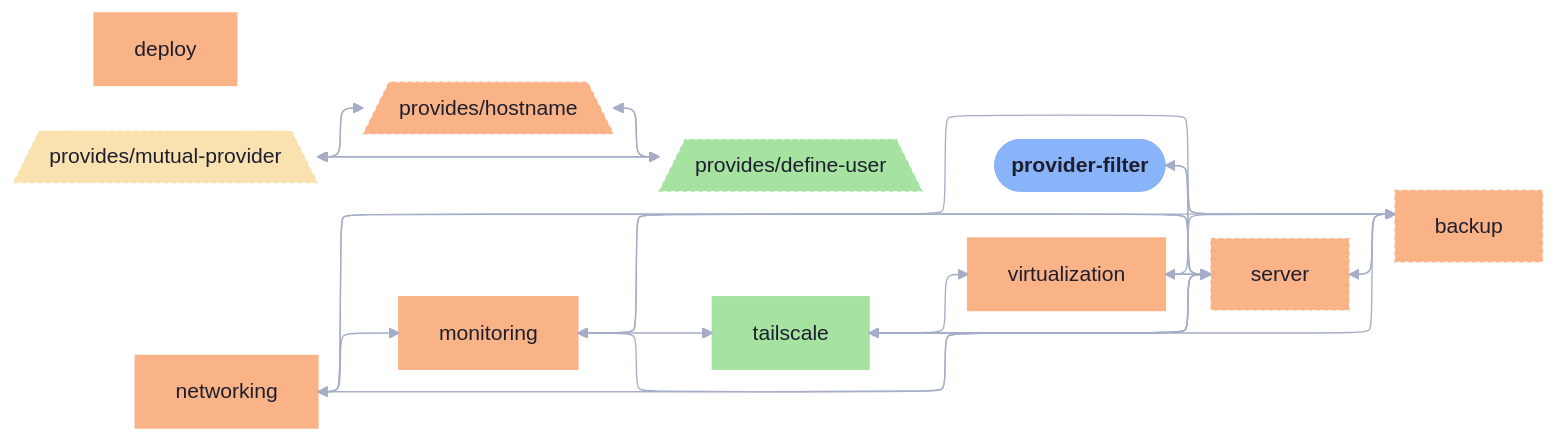
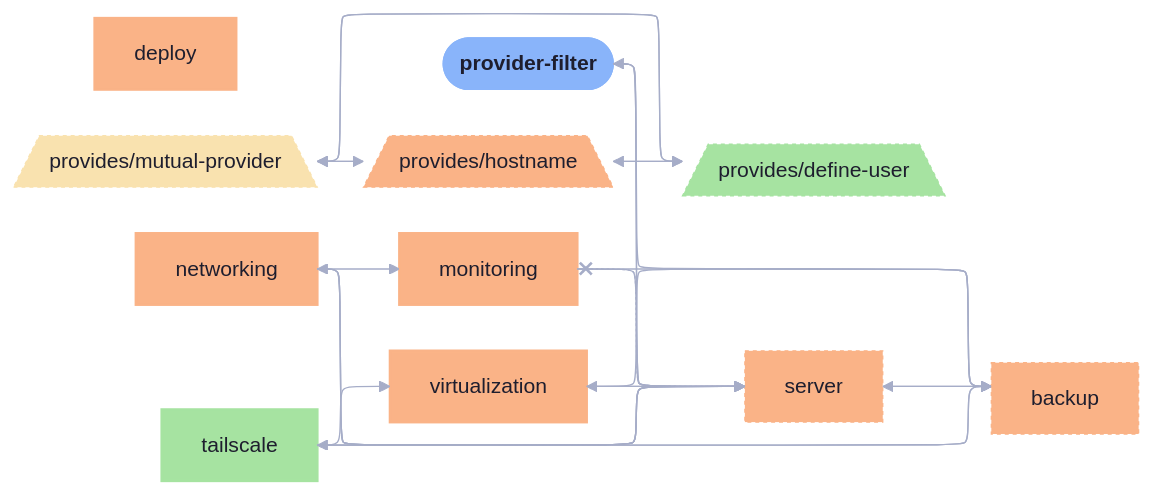
Before and after one commit to sini/den: the diagram in templates/diag-fx-demo/diagrams/provider-filter-simple.md, drawn with Mermaid. The commit also changed 526 other files, not shown here.

Commit message:
chore: update fx diagrams

````diff
--- a/templates/diag-fx-demo/diagrams/provider-filter-simple.md
+++ b/templates/diag-fx-demo/diagrams/provider-filter-simple.md
@@ -5,55 +5,54 @@
 ```mermaid
 %%{init: {"elk":{"mergeEdges":true,"nodePlacementStrategy":"BRANDES_KOEPF"},"layout":"elk","theme":"base","themeVariables":{"activationBkgColor":"#313244","activationBorderColor":"#6c7086","actorBkg":"#313244","actorBorder":"#a6adc8","actorLineColor":"#a6adc8","actorTextColor":"#cdd6f4","background":"#1e1e2e","classText":"#cdd6f4","clusterBkg":"#313244","clusterBorder":"#6c7086","edgeLabelBackground":"#1e1e2e","labelBoxBkgColor":"#313244","labelBoxBorderColor":"#a6adc8","labelTextColor":"#cdd6f4","lineColor":"#a6adc8","loopTextColor":"#cdd6f4","mainBkg":"#313244","nodeBkg":"#313244","nodeBorder":"#a6adc8","nodeTextColor":"#cdd6f4","noteBkgColor":"#313244","noteBorderColor":"#6c7086","noteTextColor":"#cdd6f4","pie1":"#f38ba8","pie2":"#fab387","pie3":"#f9e2af","pie4":"#a6e3a1","pie5":"#94e2d5","pie6":"#89b4fa","pie7":"#cba6f7","pie8":"#f2cdcd","pieLegendTextColor":"#cdd6f4","pieOuterStrokeColor":"#6c7086","pieSectionTextColor":"#cdd6f4","pieStrokeColor":"#6c7086","pieTitleTextColor":"#cdd6f4","primaryBorderColor":"#a6adc8","primaryColor":"#313244","primaryTextColor":"#cdd6f4","secondBkg":"#313244","secondaryBorderColor":"#6c7086","secondaryColor":"#313244","secondaryTextColor":"#cdd6f4","sequenceNumberColor":"#1e1e2e","signalColor":"#a6adc8","signalTextColor":"#cdd6f4","tertiaryBorderColor":"#6c7086","tertiaryColor":"#313244","tertiaryTextColor":"#cdd6f4","textColor":"#cdd6f4","titleColor":"#cdd6f4"}}}%%
 graph LR
   provider_filter([provider-filter]):::root
   backup["backup"]:::backup_c
   den__provides__define_user[/"provides/define-user"\]:::den__provides__define_user_c
   deploy["deploy"]:::deploy_c
   den__provides__hostname[/"provides/hostname"\]:::den__provides__hostname_c
   monitoring["monitoring"]:::monitoring_c
   den__provides__mutual_provider[/"provides/mutual-provider"\]:::den__provides__mutual_provider_c
   networking["networking"]:::networking_c
   server["server"]:::server_c
   tailscale["tailscale"]:::tailscale_c
   virtualization["virtualization"]:::virtualization_c
 
   backup --> server
   den__provides__mutual_provider --> den__provides__define_user
   den__provides__mutual_provider --> den__provides__hostname
   den__provides__hostname --> den__provides__define_user
   den__provides__define_user --> den__provides__hostname
   den__provides__define_user --> den__provides__mutual_provider
   den__provides__hostname --> den__provides__mutual_provider
   monitoring --> backup
   networking --> backup
   provider_filter --> backup
   server --> backup
   tailscale --> backup
   virtualization --> backup
   monitoring --> server
   networking --> server
   provider_filter --> server
   tailscale --> server
   virtualization --> server
-  monitoring --> tailscale
   networking --> monitoring
-  server --> monitoring
+  server -.-x monitoring
   server --> virtualization
   server --> networking
   server --> provider_filter
   server --> tailscale
   tailscale --> virtualization
 
   classDef root fill:#89b4fa,stroke:#89b4fa,color:#1e1e2e,font-weight:bold
   classDef backup_c fill:#fab387,stroke:#fab387,color:#1e1e2e,stroke-dasharray: 3 3,stroke-width:1px
   classDef den__provides__define_user_c fill:#a6e3a1,stroke:#a6e3a1,color:#1e1e2e,stroke-dasharray: 3 3,stroke-width:1px
   classDef deploy_c fill:#fab387,stroke:#fab387,color:#1e1e2e,stroke-width:2px
   classDef den__provides__hostname_c fill:#fab387,stroke:#fab387,color:#1e1e2e,stroke-dasharray: 3 3,stroke-width:1px
   classDef monitoring_c fill:#fab387,stroke:#fab387,color:#1e1e2e,stroke-width:2px
   classDef den__provides__mutual_provider_c fill:#f9e2af,stroke:#f9e2af,color:#1e1e2e,stroke-dasharray: 3 3,stroke-width:1px
   classDef networking_c fill:#fab387,stroke:#fab387,color:#1e1e2e,stroke-width:2px
   classDef provider_filter_c fill:#fab387,stroke:#fab387,color:#1e1e2e,stroke-width:3px
   classDef server_c fill:#fab387,stroke:#fab387,color:#1e1e2e,stroke-dasharray: 3 3,stroke-width:1px
   classDef tailscale_c fill:#a6e3a1,stroke:#a6e3a1,color:#1e1e2e,stroke-width:2px
   classDef virtualization_c fill:#fab387,stroke:#fab387,color:#1e1e2e,stroke-width:2px
 ```
````
